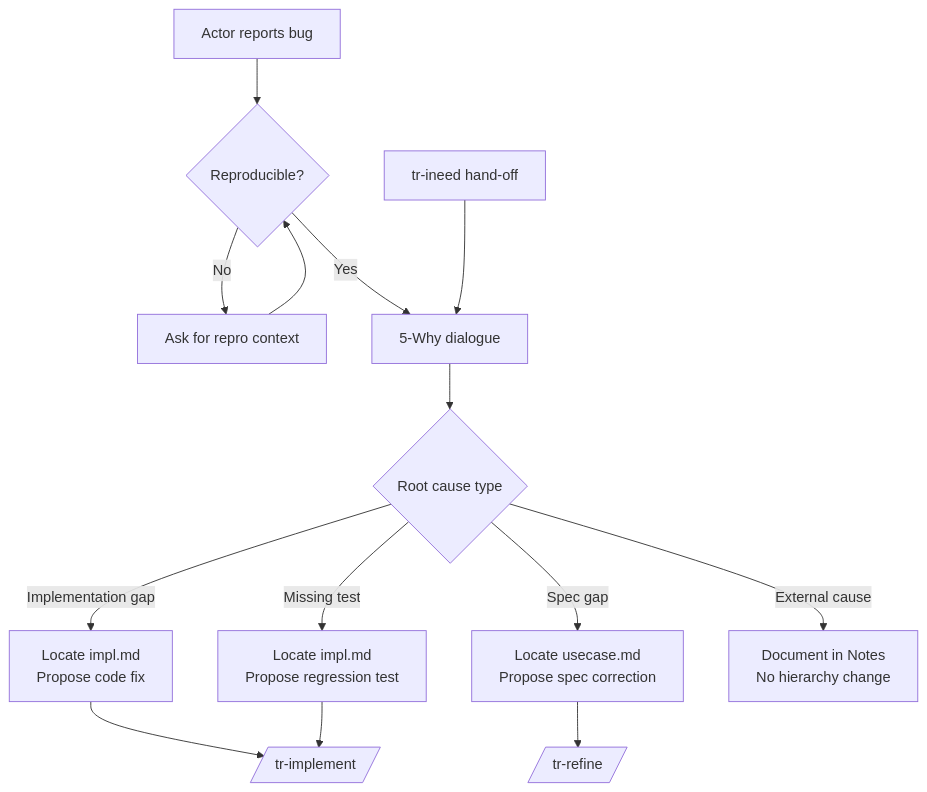
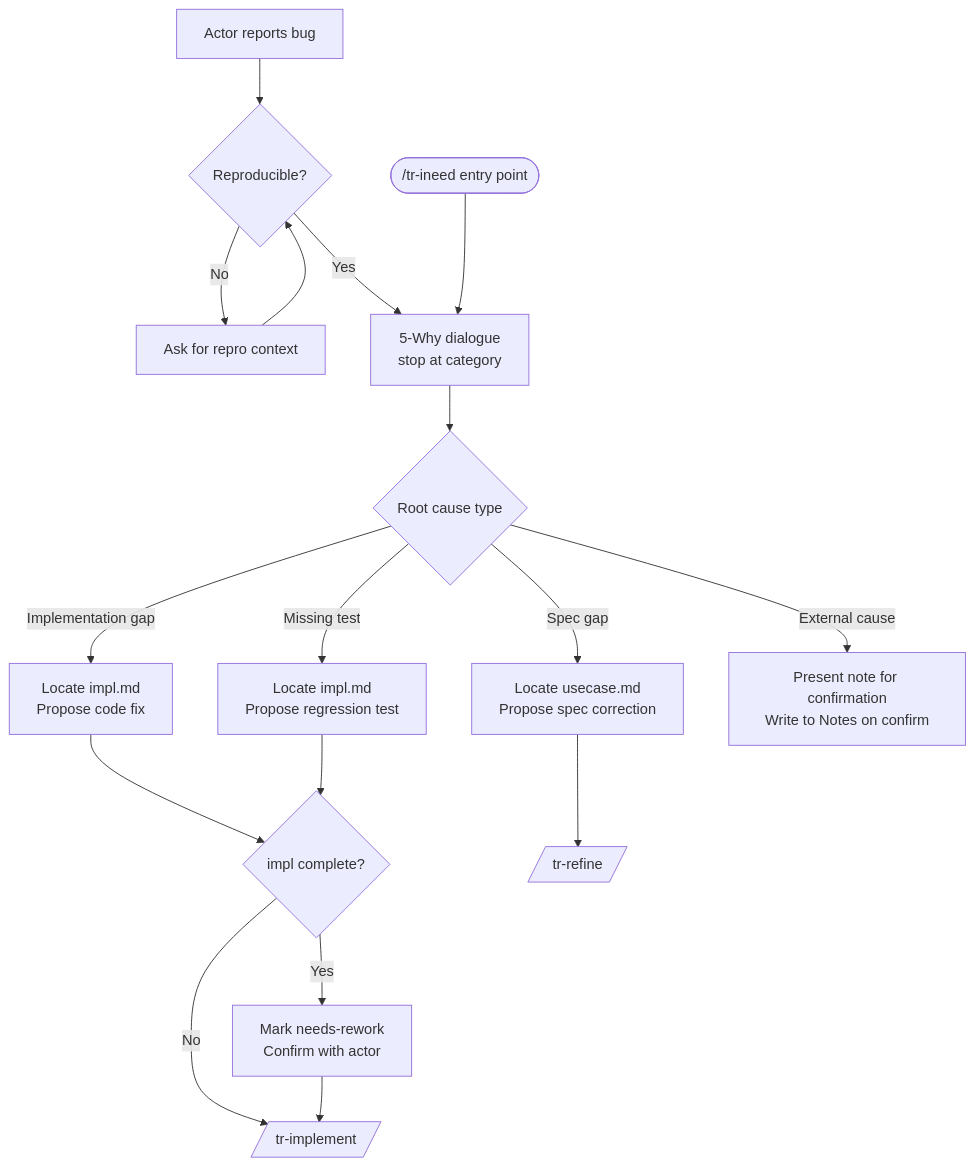
One commit to imix/taproot changed the diagram in taproot/human-integration/bug-triage/usecase.md. Above: the diagram before and after it, drawn with Mermaid. The commit also changed other lines of this file and 1 other file, not shown here.

````diff
--- a/taproot/human-integration/bug-triage/usecase.md
+++ b/taproot/human-integration/bug-triage/usecase.md
@@ -66,16 +68,19 @@
 ```mermaid
 flowchart TD
     A[Actor reports bug] --> B{Reproducible?}
     B -->|No| C[Ask for repro context]
     C --> B
-    B -->|Yes| D[5-Why dialogue]
+    B -->|Yes| D[5-Why dialogue\nstop at category]
     D --> E{Root cause type}
     E -->|Implementation gap| F[Locate impl.md\nPropose code fix]
     E -->|Spec gap| G[Locate usecase.md\nPropose spec correction]
     E -->|Missing test| H[Locate impl.md\nPropose regression test]
-    E -->|External cause| I[Document in Notes\nNo hierarchy change]
-    F --> J[/tr-implement/]
+    E -->|External cause| I[Present note for confirmation\nWrite to Notes on confirm]
+    F --> F2{impl complete?}
+    F2 -->|Yes| F3[Mark needs-rework\nConfirm with actor]
+    F2 -->|No| J
+    F3 --> J[/tr-implement/]
     G --> K[/tr-refine/]
-    H --> J
-    L[tr-ineed hand-off] --> D
+    H --> F2
+    L([/tr-ineed entry point]) --> D
 ```
````
